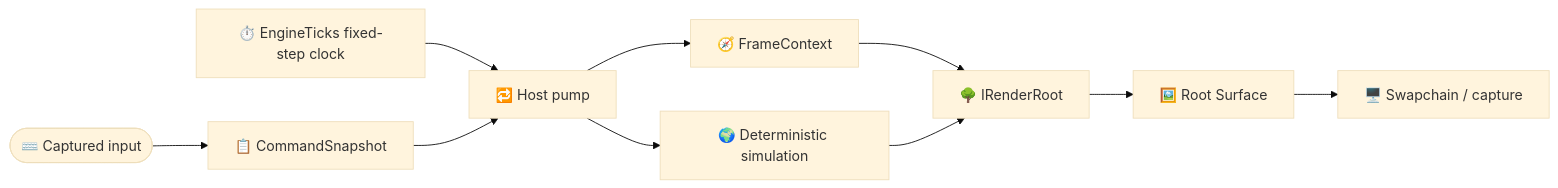
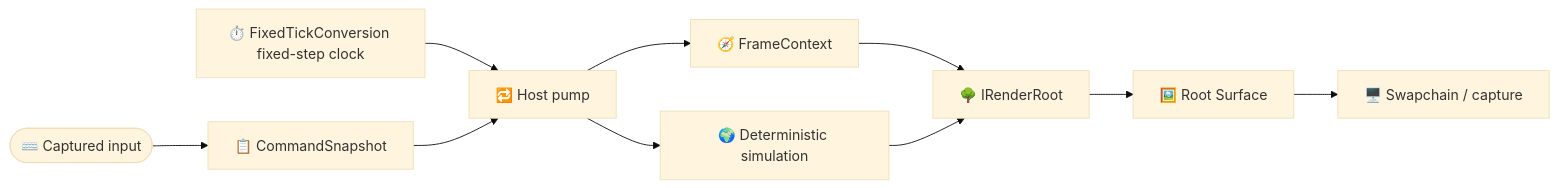
The diagram in docs/reference/hosting.md (ByteTerrace/Puck), drawn with Mermaid (base theme) before and after one commit. The commit also changed other lines of this file and 93 other files, not shown here.

````diff
--- a/docs/reference/hosting.md
+++ b/docs/reference/hosting.md
@@ -48,12 +48,12 @@
 ```mermaid
 graph LR
     Input(["⌨️ Captured input"]) --> Commands["📋 CommandSnapshot"]
-    Clock["⏱️ EngineTicks fixed-step clock"] --> Pump["🔁 Host pump"]
+    Clock["⏱️ FixedTickConversion fixed-step clock"] --> Pump["🔁 Host pump"]
     Commands --> Pump
     Pump --> Simulation["🌍 Deterministic simulation"]
     Pump --> Context["🧭 FrameContext"]
     Context --> Root["🌳 IRenderRoot"]
     Simulation --> Root
     Root --> Surface["🖼️ Root Surface"]
     Surface --> Present["🖥️ Swapchain / capture"]
 ```
````
